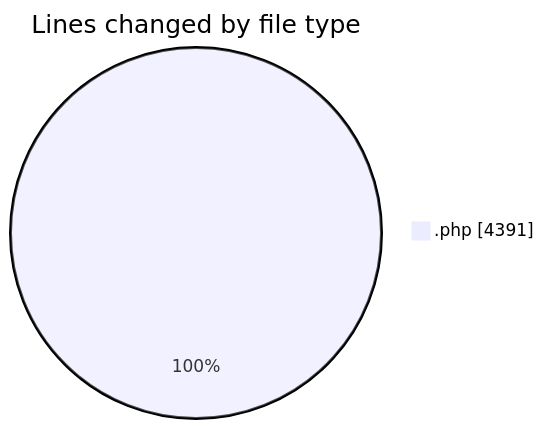
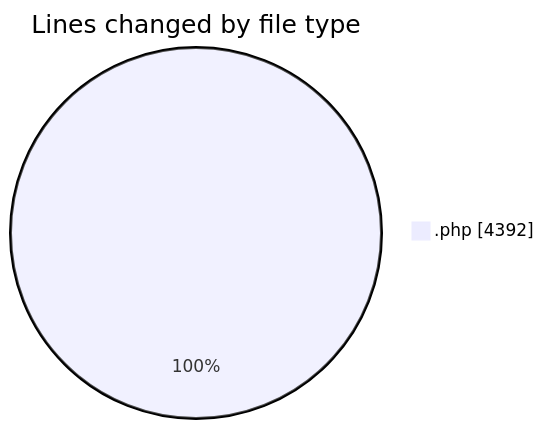
Before and after one commit to debugP/code-tracking: the first of 2 diagrams in 2026-08-05/untitled__workspace_/README.md, drawn with Mermaid. The commit also changed other lines of this file and 1 other file, not shown here.

````diff
--- a/2026-08-05/untitled__workspace_/README.md
+++ b/2026-08-05/untitled__workspace_/README.md
@@ -22,5 +22,5 @@
 ```mermaid
 pie showData
 title Lines changed by file type
-".php" : 4391
+".php" : 4392
 ```
````
